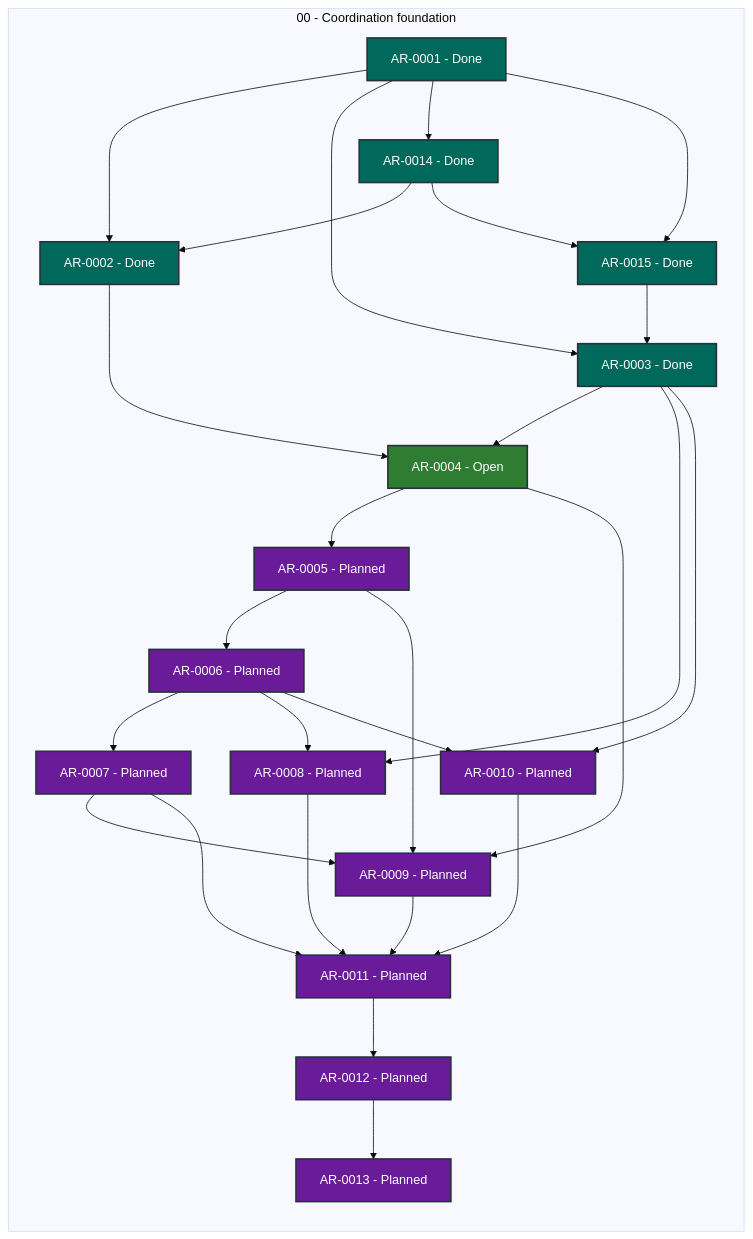
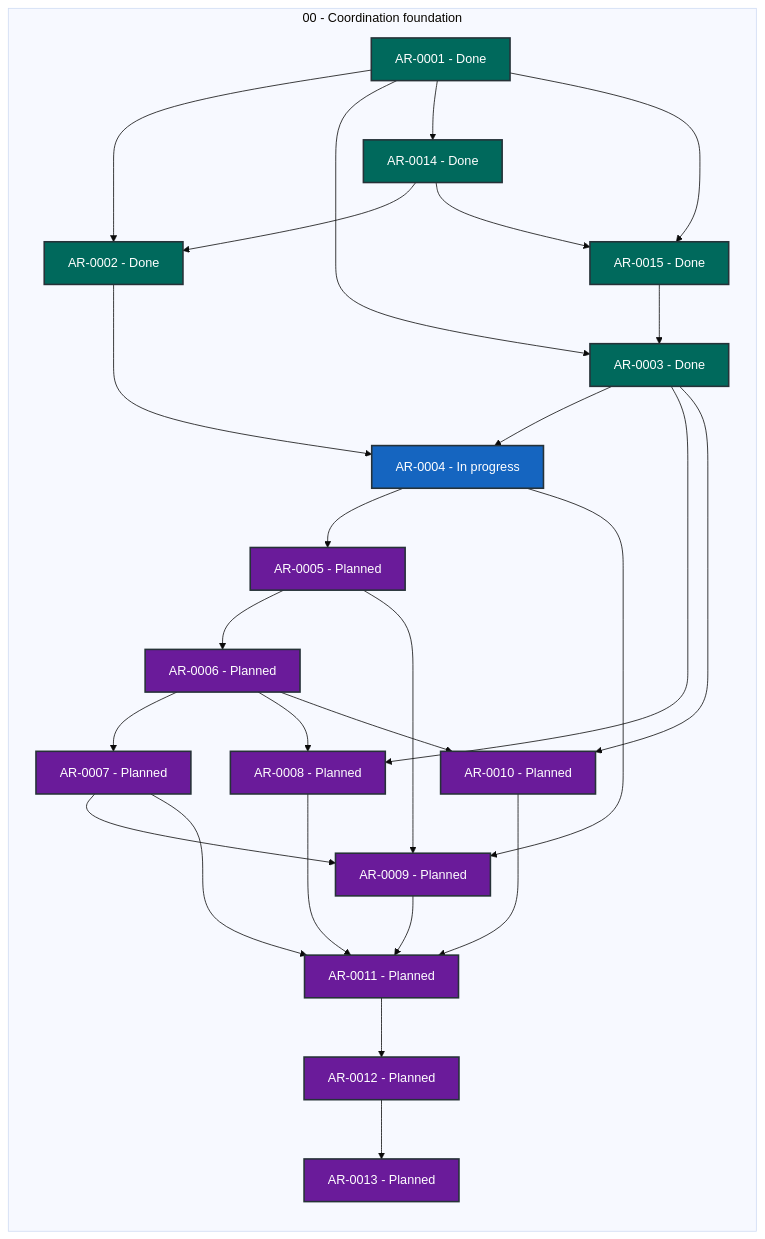
Before and after one commit to martin-beck/agent-workflow-tui-state: the diagram in STATUS.md, drawn with Mermaid (base theme). The commit also changed other lines of this file and 2 other files, not shown here.

````diff
--- a/STATUS.md
+++ b/STATUS.md
@@ -27,54 +27,54 @@
 ```mermaid
 flowchart LR
     subgraph series_00["00 - Coordination foundation"]
         direction TB
         AR_0001["AR-0001 - Done"]:::status_done
         AR_0002["AR-0002 - Done"]:::status_done
         AR_0003["AR-0003 - Done"]:::status_done
-        AR_0004["AR-0004 - Open"]:::status_open
+        AR_0004["AR-0004 - In progress"]:::status_in_progress
         AR_0005["AR-0005 - Planned"]:::status_planned
         AR_0006["AR-0006 - Planned"]:::status_planned
         AR_0007["AR-0007 - Planned"]:::status_planned
         AR_0008["AR-0008 - Planned"]:::status_planned
         AR_0009["AR-0009 - Planned"]:::status_planned
         AR_0010["AR-0010 - Planned"]:::status_planned
         AR_0011["AR-0011 - Planned"]:::status_planned
         AR_0012["AR-0012 - Planned"]:::status_planned
         AR_0013["AR-0013 - Planned"]:::status_planned
         AR_0014["AR-0014 - Done"]:::status_done
         AR_0015["AR-0015 - Done"]:::status_done
     end
     AR_0001 --> AR_0002
     AR_0001 --> AR_0003
     AR_0001 --> AR_0014
     AR_0001 --> AR_0015
     AR_0002 --> AR_0004
     AR_0003 --> AR_0004
     AR_0003 --> AR_0008
     AR_0003 --> AR_0010
     AR_0004 --> AR_0005
     AR_0004 --> AR_0009
     AR_0005 --> AR_0006
     AR_0005 --> AR_0009
     AR_0006 --> AR_0007
     AR_0006 --> AR_0008
     AR_0006 --> AR_0010
     AR_0007 --> AR_0009
     AR_0007 --> AR_0011
     AR_0008 --> AR_0011
     AR_0009 --> AR_0011
     AR_0010 --> AR_0011
     AR_0011 --> AR_0012
     AR_0012 --> AR_0013
     AR_0014 --> AR_0002
     AR_0014 --> AR_0015
     AR_0015 --> AR_0003
     classDef status_in_progress fill:#1565c0,color:#ffffff,stroke:#263238,stroke-width:2px
     classDef status_open fill:#2e7d32,color:#ffffff,stroke:#263238,stroke-width:2px
     classDef status_blocked fill:#c62828,color:#ffffff,stroke:#263238,stroke-width:2px
     classDef status_planned fill:#6a1b9a,color:#ffffff,stroke:#263238,stroke-width:2px
     classDef status_future fill:#455a64,color:#ffffff,stroke:#263238,stroke-width:2px
     classDef status_done fill:#00695c,color:#ffffff,stroke:#263238,stroke-width:2px
     classDef status_cancelled fill:#616161,color:#ffffff,stroke:#263238,stroke-width:2px
     classDef status_superseded fill:#5d4037,color:#ffffff,stroke:#263238,stroke-width:2px
 ```
````
